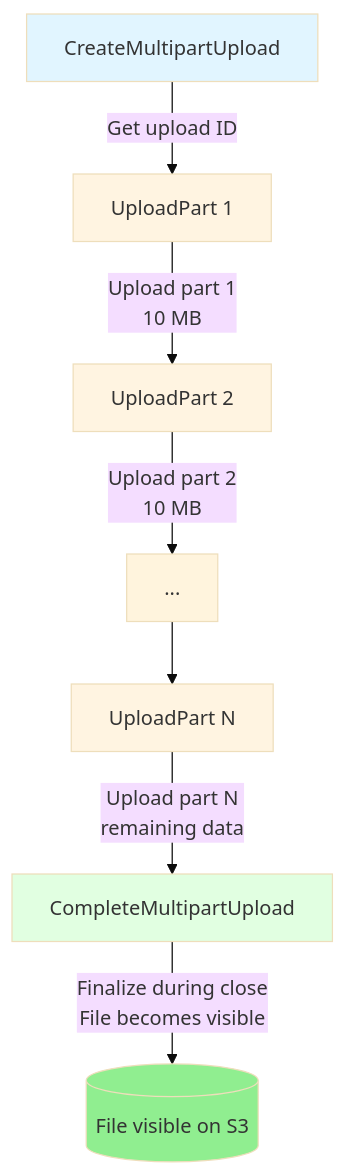
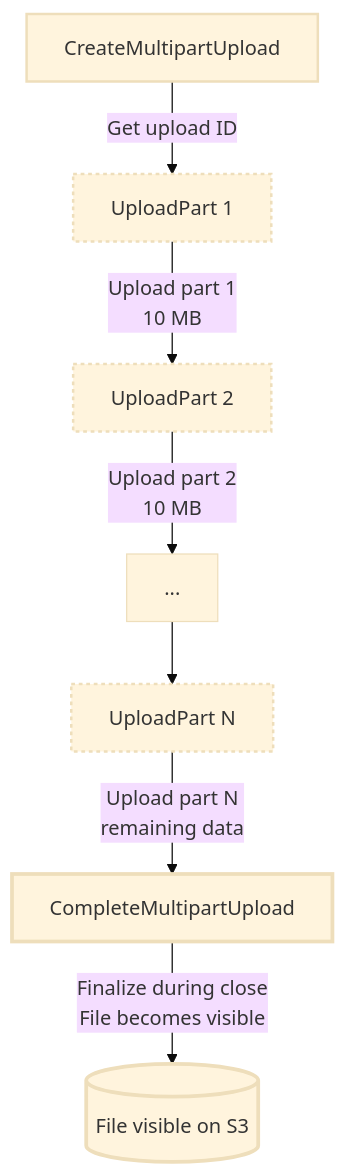
One commit to nferreira/pyarrow-example-to-handle-bronze-data changed the fourth of 6 diagrams in docs/parquet-writer-s3-output-stream.md. Above: the diagram before and after it, drawn with Mermaid (base theme). The commit also changed other lines of this file, not shown here.

Commit message:
Refactor flowchart styles in parquet-writer-s3-output-stream documentation for improved clarity and consistency. Updated class definitions for various operations and removed inline styles.

````diff
--- a/docs/parquet-writer-s3-output-stream.md
+++ b/docs/parquet-writer-s3-output-stream.md
@@ -322,23 +320,23 @@
 ```mermaid
 flowchart TD
     A[CreateMultipartUpload]
     B[UploadPart 1]
     C[UploadPart 2]
     D[...]
     E[UploadPart N]
     F[CompleteMultipartUpload]
     
     A -->|Get upload ID| B
     B -->|Upload part 1<br/>10 MB| C
     C -->|Upload part 2<br/>10 MB| D
     D --> E
     E -->|Upload part N<br/>remaining data| F
     F -->|Finalize during close<br/>File becomes visible| S3[(File visible on S3)]
     
-    style A fill:#e1f5ff
-    style B fill:#fff4e1
-    style C fill:#fff4e1
-    style E fill:#fff4e1
-    style F fill:#e1ffe1
-    style S3 fill:#90EE90
+    classDef initStyle stroke-width:2px
+    classDef uploadStyle stroke-width:2px,stroke-dasharray: 3 3
+    classDef completeStyle stroke-width:3px
+    class A initStyle
+    class B,C,E uploadStyle
+    class F,S3 completeStyle
 ```
````
